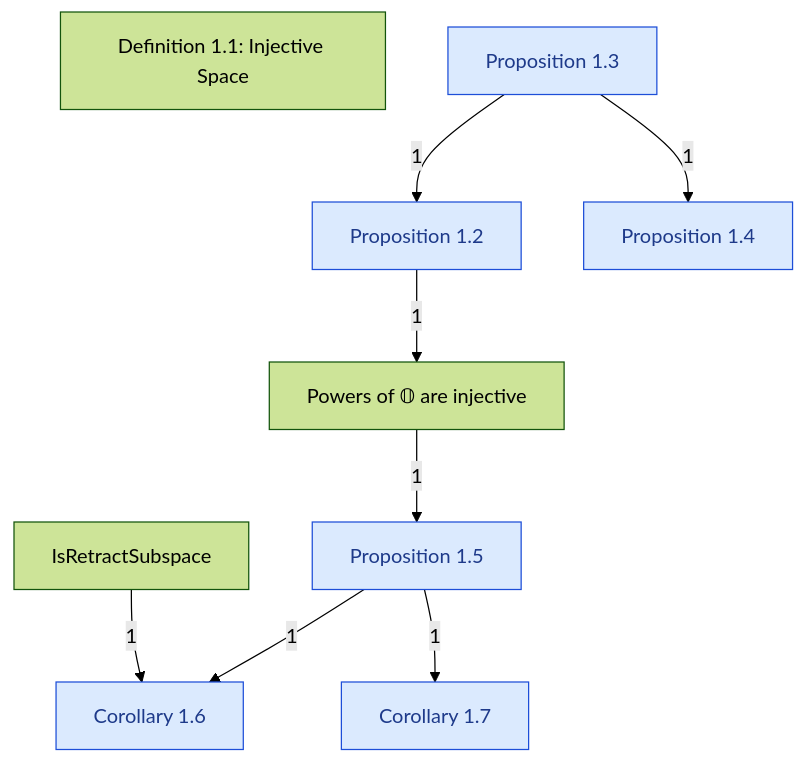
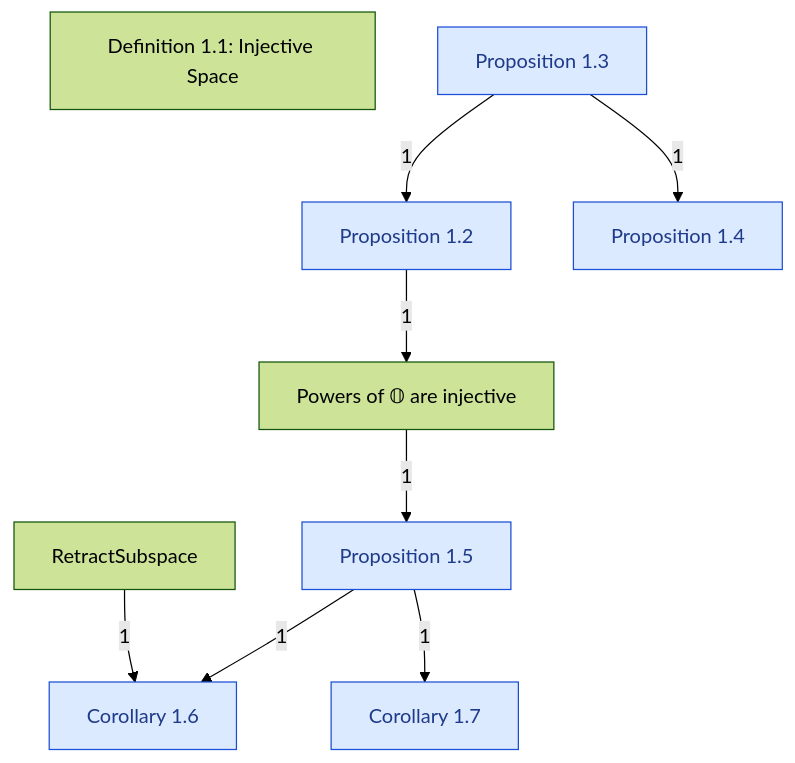
The diagram in DomainTheory/ContinuousLattice/Injective/Injective.mermaid (catskillsresearch/DomainTheory), drawn with Mermaid (forest theme) before and after one commit. The commit also changed 10 other files, not shown here.

First line of the commit message:
Rename IsRetractSubspace to RetractSubspace.

```diff
--- a/DomainTheory/ContinuousLattice/Injective/Injective.mermaid
+++ b/DomainTheory/ContinuousLattice/Injective/Injective.mermaid
@@ -1,30 +1,30 @@
 %% Notes of section 1, injective spaces, in paper order.
 %% Each box is one outline note from 1972_Injective_spaces.md.
 %% Arrowhead on the importer. The number is a direct-import count.
 %% An arrow already implied by a longer path is omitted.
 %% Absolute retracts has no Lean files.
 flowchart TB
 
   C16["Corollary 1.6"]
   C17["Corollary 1.7"]
   D11["Definition 1.1: Injective Space"]
-  IRS["IsRetractSubspace"]
+  IRS["RetractSubspace"]
   PO["Powers of 𝕆 are injective"]
   P12["Proposition 1.2"]
   P13["Proposition 1.3"]
   P14["Proposition 1.4"]
   P15["Proposition 1.5"]
 
   IRS -->|"1"| C16
   P15 -->|"1"| C16
   P15 -->|"1"| C17
   P13 -->|"1"| P12
   P13 -->|"1"| P14
   PO -->|"1"| P15
   P12 -->|"1"| PO
 
   classDef concept fill:#dcfce7,stroke:#15803d,color:#14532d
   classDef numbered fill:#dbeafe,stroke:#1d4ed8,color:#1e3a8a
   classDef definition fill:#fae8ff,stroke:#a21caf,color:#701a75
   class P12,P13,P14,P15 numbered
   class C16,C17 numbered
```
